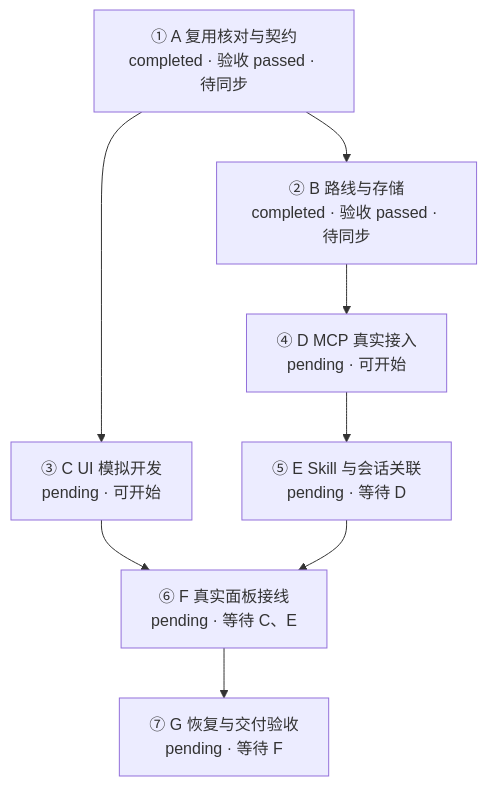
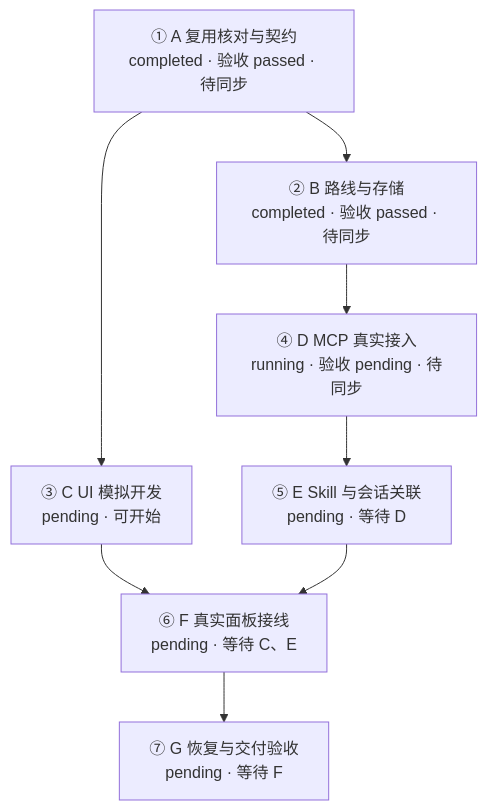
The diagram in docs/03_轻量路线工作台/00_执行入口/01_当前执行台账_2026-11-10.md (WuwuZhang0019/Codex-task-monitoring), drawn with Mermaid before and after one commit. The commit also changed other lines of this file and 8 other files, not shown here.

````diff
--- a/docs/03_轻量路线工作台/00_执行入口/01_当前执行台账_2026-11-10.md
+++ b/docs/03_轻量路线工作台/00_执行入口/01_当前执行台账_2026-11-10.md
@@ -130,10 +130,10 @@
 ```mermaid
 flowchart TD
     A["① A 复用核对与契约<br/>completed · 验收 passed · 待同步"] --> B["② B 路线与存储<br/>completed · 验收 passed · 待同步"]
     A --> C["③ C UI 模拟开发<br/>pending · 可开始"]
-    B --> D["④ D MCP 真实接入<br/>pending · 可开始"]
+    B --> D["④ D MCP 真实接入<br/>running · 验收 pending · 待同步"]
     D --> E["⑤ E Skill 与会话关联<br/>pending · 等待 D"]
     C --> F["⑥ F 真实面板接线<br/>pending · 等待 C、E"]
     E --> F
     F --> G["⑦ G 恢复与交付验收<br/>pending · 等待 F"]
 ```
````
